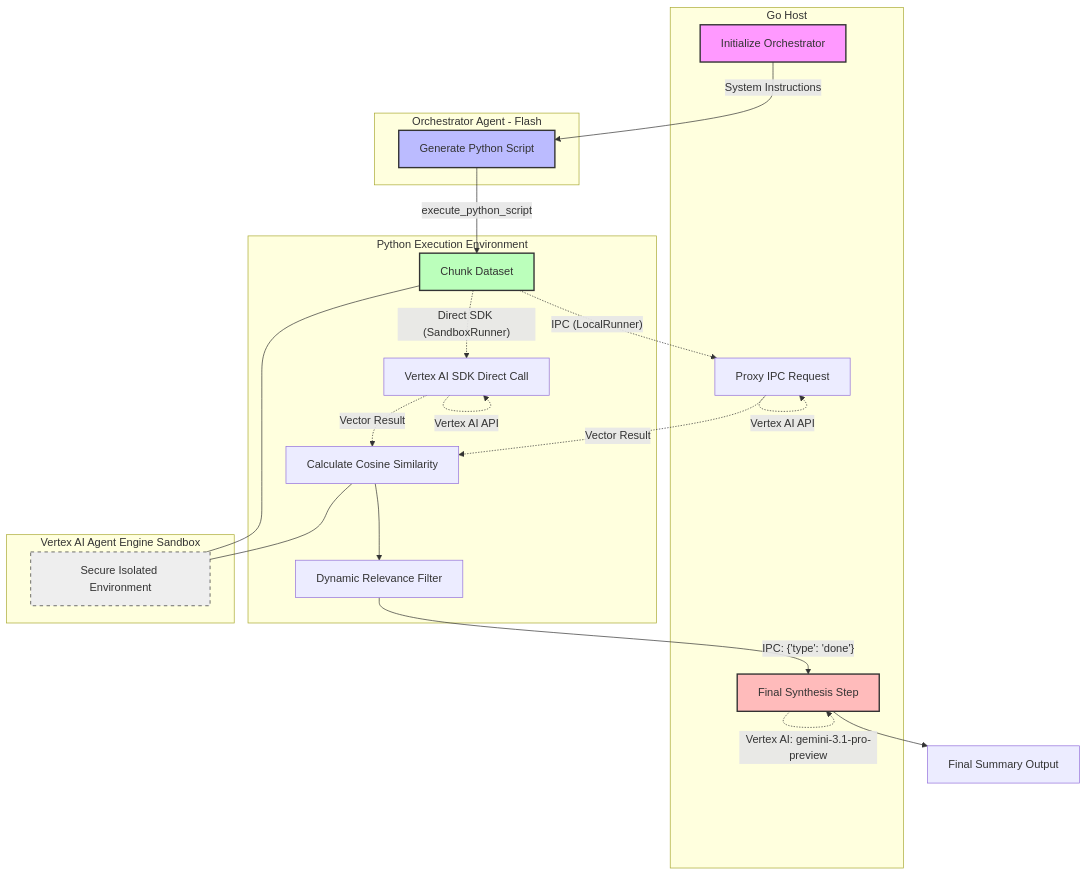
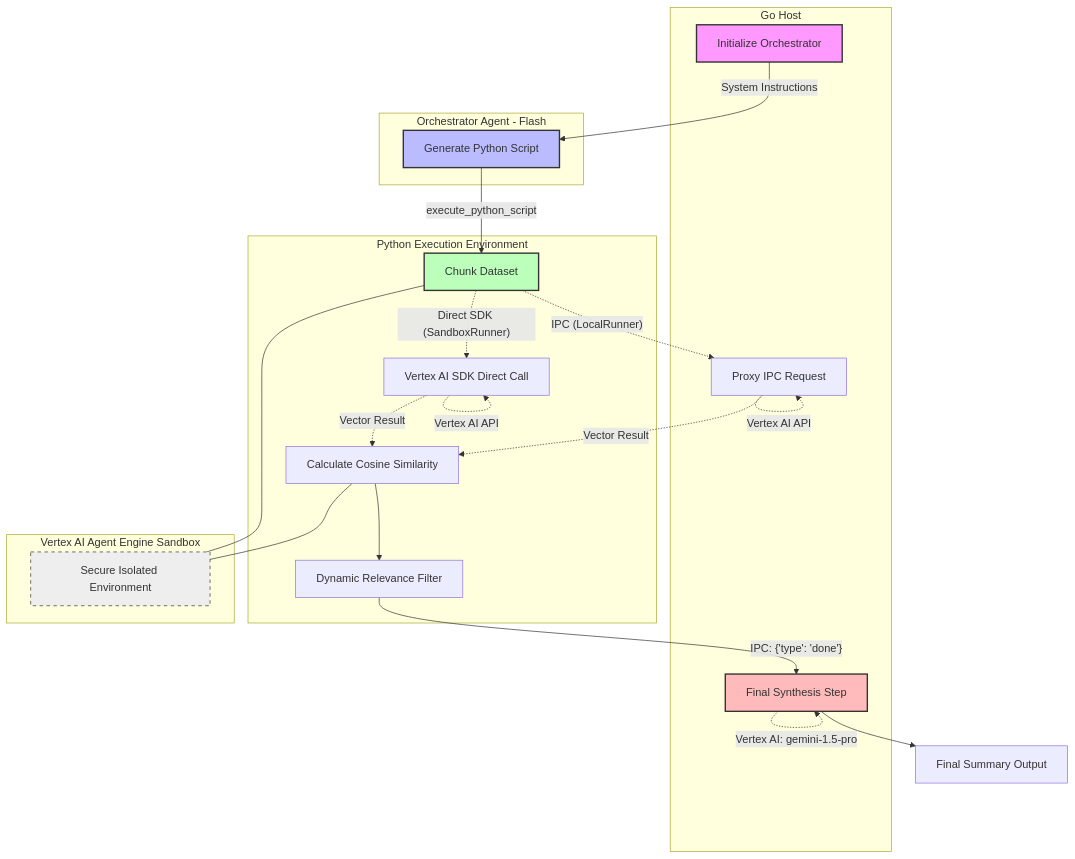
The diagram in WORKFLOW.md (iuriikogan/code-sandbox-repl-rag), drawn with Mermaid before and after one commit. The commit also changed 5 other files, not shown here.

````diff
--- a/WORKFLOW.md
+++ b/WORKFLOW.md
@@ -5,53 +5,53 @@
 ```mermaid
 graph TD
     %% Roles and Definitions
     subgraph GoHost [Go Host]
         A[Initialize Orchestrator]
         E[Proxy IPC Request]
         G[Final Synthesis Step]
     end
 
     subgraph Orchestrator [Orchestrator Agent - Flash]
         B[Generate Python Script]
     end
 
     subgraph PythonExecution [Python Execution Environment]
         C[Chunk Dataset]
         D[Calculate Cosine Similarity]
         F[Dynamic Relevance Filter]
         I[Vertex AI SDK Direct Call]
     end
 
     subgraph VertexSandbox [Vertex AI Agent Engine Sandbox]
         J[Secure Isolated Environment]
     end
 
     %% Flow
     A -->|System Instructions| B
     B -->|execute_python_script| C
     
     %% Local Path
     C -.->|"IPC (LocalRunner)"| E
     E -.->|Vertex AI API| E
     E -.->|"Vector Result"| D
 
     %% Sandbox Path
     C -.->|"Direct SDK (SandboxRunner)"| I
     I -.->|Vertex AI API| I
     I -.->|"Vector Result"| D
     
     C --- J
     D --- J
     
     D --> F
     F -->|"IPC: {'type': 'done'}"| G
-    G -.->|Vertex AI: gemini-3.1-pro-preview| G
+    G -.->|Vertex AI: gemini-1.5-pro| G
     G --> H[Final Summary Output]
 
     %% Styling
     style A fill:#f9f,stroke:#333,stroke-width:2px
     style B fill:#bbf,stroke:#333,stroke-width:2px
     style C fill:#bfb,stroke:#333,stroke-width:2px
     style G fill:#fbb,stroke:#333,stroke-width:2px
     style J fill:#eee,stroke:#333,stroke-dasharray: 5 5
 ```
````
